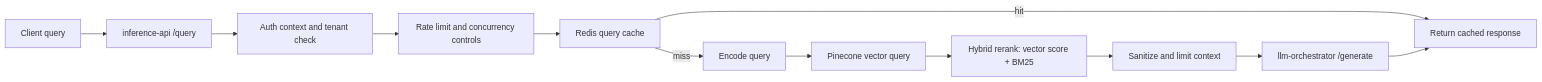
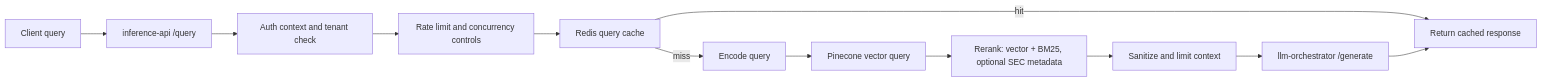
One commit to Rares8921/enterprise-multimodal-rag-platform changed the third of 7 diagrams in docs/architecture.md. Above: the diagram before and after it, drawn with Mermaid. The commit also changed other lines of this file and 5 other files, not shown here.

````diff
--- a/docs/architecture.md
+++ b/docs/architecture.md
@@ -56,14 +56,14 @@
 ```mermaid
 flowchart LR
   Client["Client query"] --> IA["inference-api /query"]
   IA --> Auth["Auth context and tenant check"]
   Auth --> RL["Rate limit and concurrency controls"]
   RL --> Cache["Redis query cache"]
   Cache -->|hit| Resp["Return cached response"]
   Cache -->|miss| Emb["Encode query"]
   Emb --> Pinecone["Pinecone vector query"]
-  Pinecone --> Hybrid["Hybrid rerank: vector score + BM25"]
+  Pinecone --> Hybrid["Rerank: vector + BM25, optional SEC metadata"]
   Hybrid --> Context["Sanitize and limit context"]
   Context --> LLM["llm-orchestrator /generate"]
   LLM --> Resp
 ```
````
